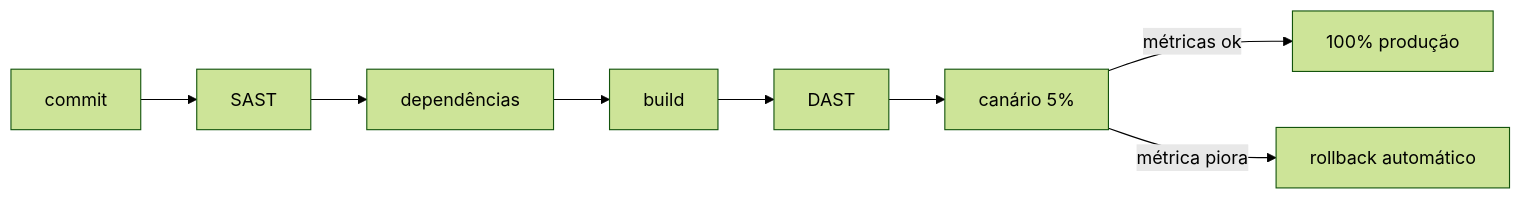
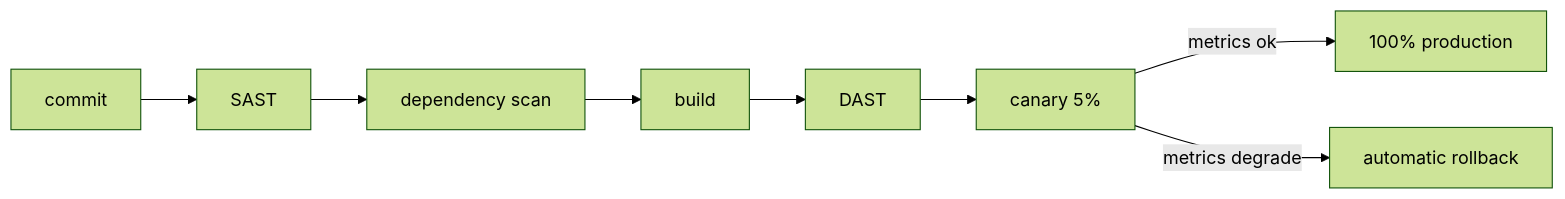
Before and after one commit to eulerazevedo/eulerazevedo: the diagram in README.md, drawn with Mermaid (forest theme). The commit also changed other lines of this file and 8 other files, not shown here.

````diff
--- a/README.md
+++ b/README.md
@@ -128,10 +95,6 @@
 ```mermaid
 flowchart LR
-    A[commit] --> B[SAST]
-    B --> C[dependências]
-    C --> D[build]
-    D --> E[DAST]
-    E --> F[canário 5%]
-    F -->|métricas ok| G[100% produção]
-    F -->|métrica piora| H[rollback automático]
+    A[commit] --> B[SAST] --> C[dependency scan] --> D[build] --> E[DAST] --> F[canary 5%]
+    F -->|metrics ok| G[100% production]
+    F -->|metrics degrade| H[automatic rollback]
 ```
````
